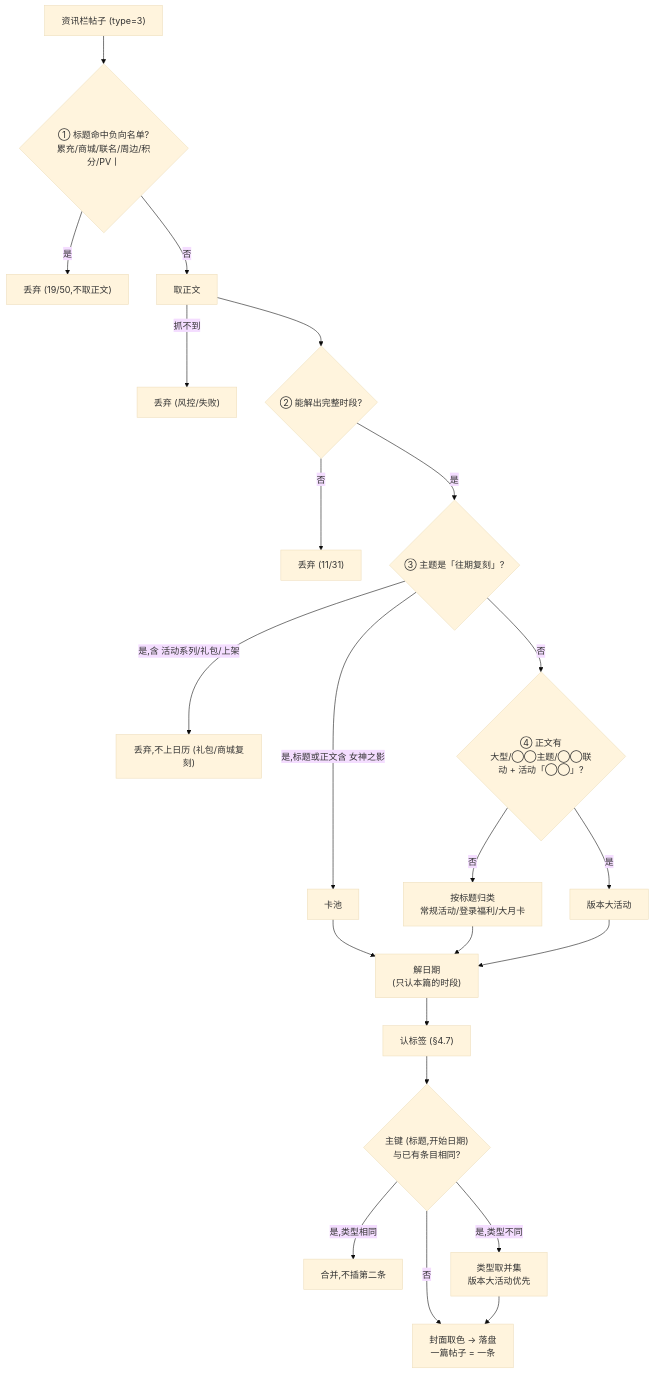
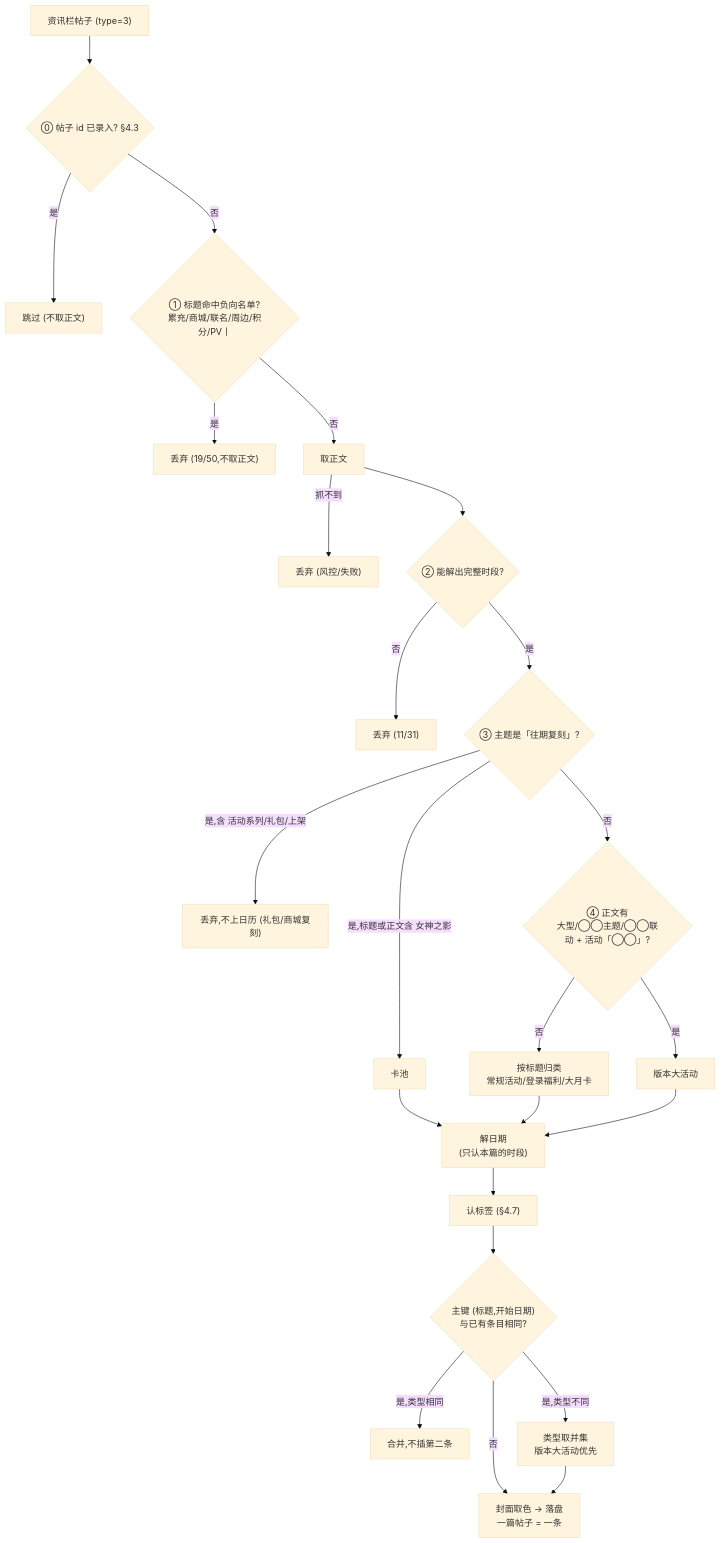
Before and after one commit to autummu2/HoyoCalendar: the fourth of 7 diagrams in tools/editor/themis/RULES.md, drawn with Mermaid (base theme). The commit also changed other lines of this file and 3 other files, not shown here.

````diff
--- a/tools/editor/themis/RULES.md
+++ b/tools/editor/themis/RULES.md
@@ -365,24 +380,26 @@
 ```mermaid
 flowchart TD
-    A["资讯栏帖子 (type=3)"] --> B{"① 标题命中负向名单?<br/>累充/商城/联名/周边/积分/PV丨"}
+    A["资讯栏帖子 (type=3)"] --> A0{"⓪ 帖子 id 已录入? §4.3"}
+    A0 -- 是 --> Z5["跳过 (不取正文)"]
+    A0 -- 否 --> B{"① 标题命中负向名单?<br/>累充/商城/联名/周边/积分/PV丨"}
     B -- 是 --> Z1["丢弃 (19/50,不取正文)"]
     B -- 否 --> C["取正文"]
     C -- 抓不到 --> Z0["丢弃 (风控/失败)"]
     C --> D{"② 能解出完整时段?"}
     D -- 否 --> Z2["丢弃 (11/31)"]
     D -- 是 --> E{"③ 主题是「往期复刻」?"}
     E -- 是,标题或正文含 女神之影 --> F1["卡池"]
     E -- 是,含 活动系列/礼包/上架 --> Z3["丢弃,不上日历 (礼包/商城复刻)"]
     E -- 否 --> E2{"④ 正文有<br/>大型/◯◯主题/◯◯联动 + 活动「◯◯」?"}
     E2 -- 是 --> F3["版本大活动"]
     E2 -- 否 --> F2["按标题归类<br/>常规活动/登录福利/大月卡"]
     F1 --> G["解日期<br/>(只认本篇的时段)"]
     F2 --> G
     F3 --> G
     G --> T["认标签 (§4.7)"]
     T --> H{"主键 (标题,开始日期)<br/>与已有条目相同?"}
     H -- 是,类型相同 --> Z4["合并,不插第二条"]
     H -- 是,类型不同 --> H2["类型取并集<br/>版本大活动优先"]
     H -- 否 --> I["封面取色 → 落盘<br/>一篇帖子 = 一条"]
     H2 --> I
 ```
````
